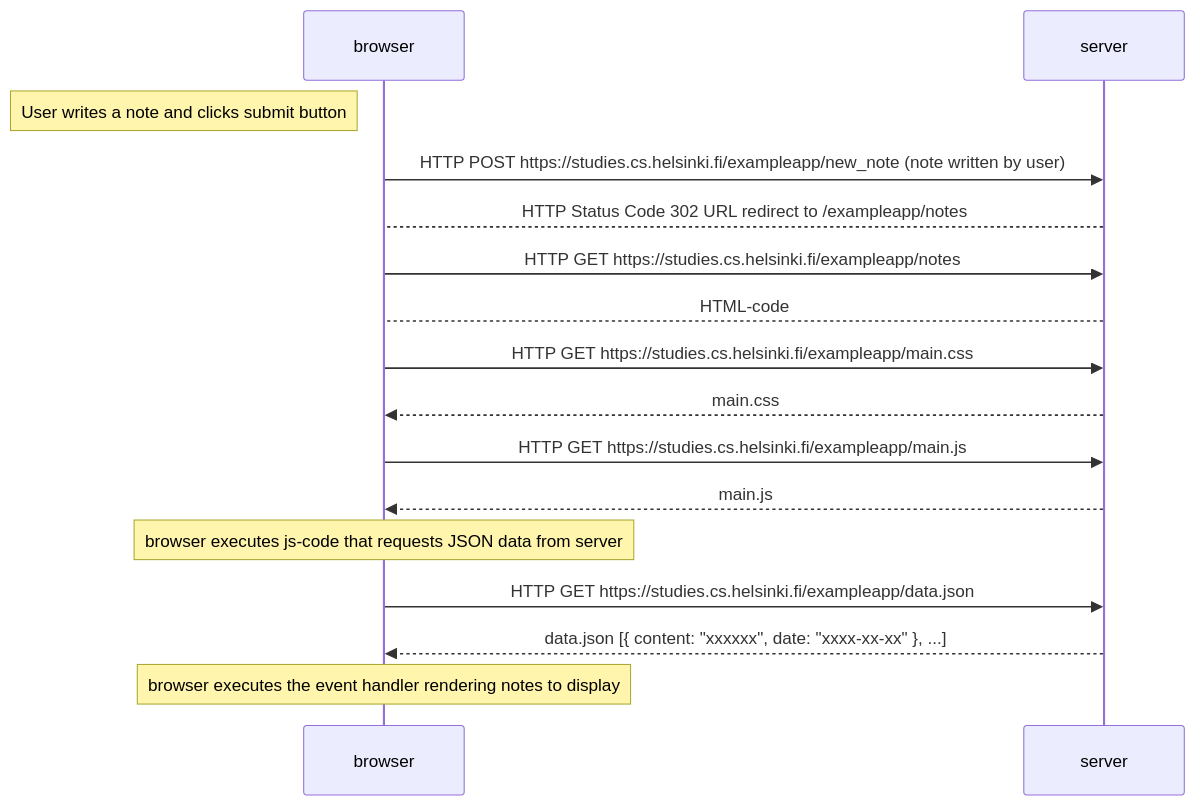
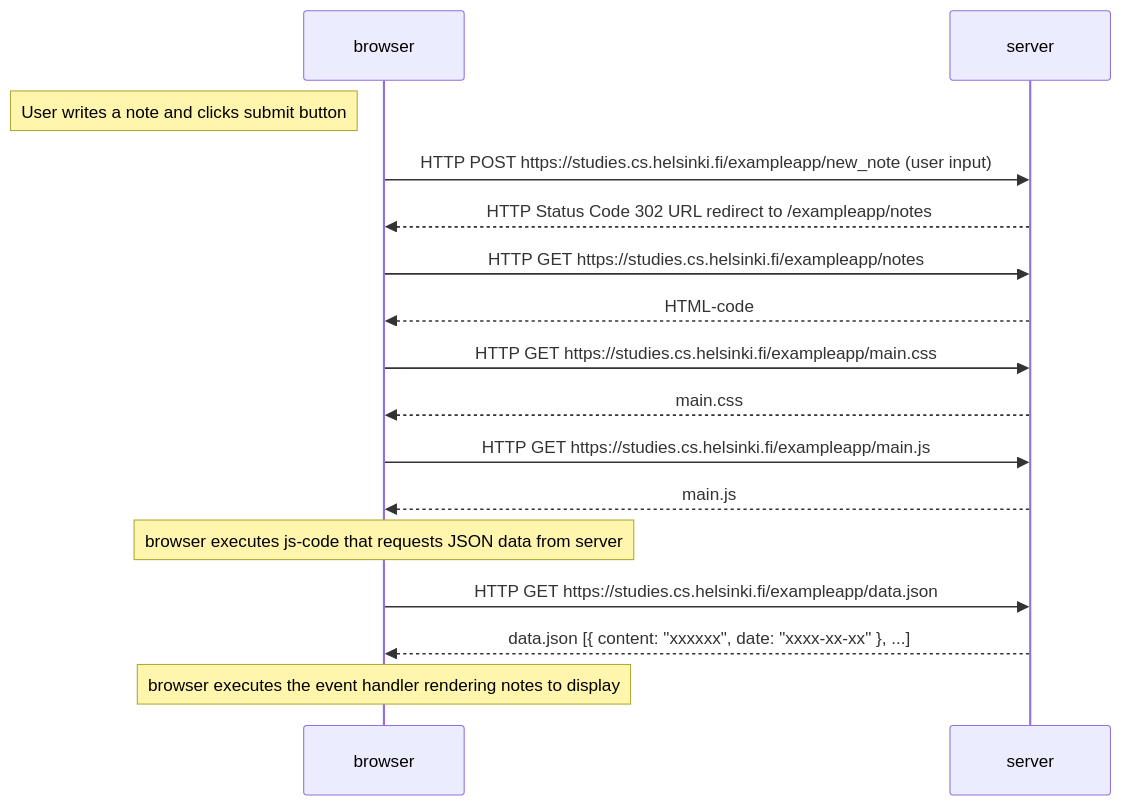
Before and after one commit to nikihietala/fullstack-open: the diagram in viikko_0/0_4.md, drawn with Mermaid.

Commit message:
exercise 0.4

````diff
--- a/viikko_0/0_4.md
+++ b/viikko_0/0_4.md
@@ -1,19 +1,19 @@
 ```mermaid
 	sequenceDiagram
         Note left of browser: User writes a note and clicks submit button
-		browser->>server: HTTP POST https://studies.cs.helsinki.fi/exampleapp/new_note (note written by user)
-        server-->browser: HTTP Status Code 302 URL redirect to /exampleapp/notes
+		browser->>server: HTTP POST https://studies.cs.helsinki.fi/exampleapp/new_note (user input)
+        server-->>browser: HTTP Status Code 302 URL redirect to /exampleapp/notes
         browser->>server: HTTP GET https://studies.cs.helsinki.fi/exampleapp/notes
-        server-->browser: HTML-code
+        server-->>browser: HTML-code
         browser->>server: HTTP GET https://studies.cs.helsinki.fi/exampleapp/main.css
         server-->>browser: main.css
         browser->>server: HTTP GET https://studies.cs.helsinki.fi/exampleapp/main.js
         server-->>browser: main.js
 
         Note over browser: browser executes js-code that requests JSON data from server
 
         browser->>server: HTTP GET https://studies.cs.helsinki.fi/exampleapp/data.json
         server-->>browser: data.json [{ content: "xxxxxx", date: "xxxx-xx-xx" }, ...]
         
         Note over browser: browser executes the event handler rendering notes to display
 ```
````
